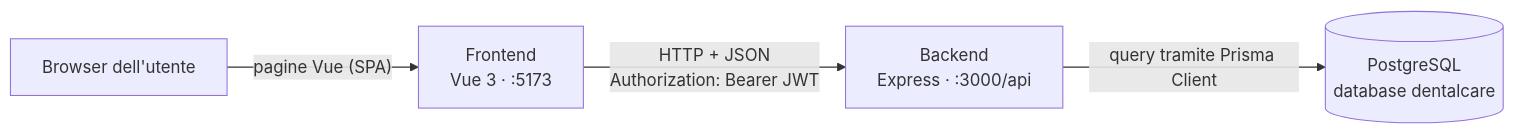
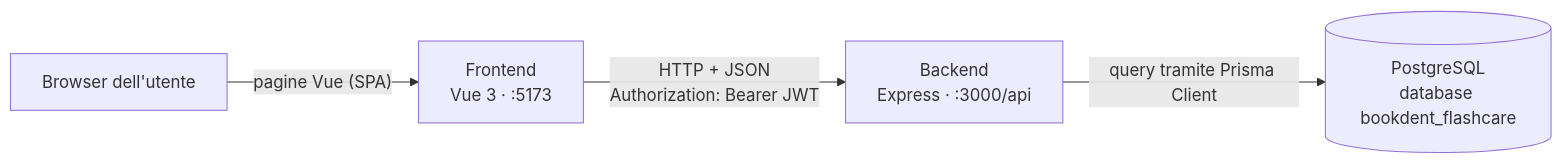
The first of 5 diagrams in docs/DOCUMENTAZIONE_TECNICA.md (RMNFNC/BookDent), drawn with Mermaid before and after one commit. The commit also changed other lines of this file and 16 other files, not shown here.

````diff
--- a/docs/DOCUMENTAZIONE_TECNICA.md
+++ b/docs/DOCUMENTAZIONE_TECNICA.md
@@ -26,6 +29,6 @@
 ```mermaid
 flowchart LR
     U[Browser dell'utente] -->|"pagine Vue (SPA)"| F[Frontend<br/>Vue 3 · :5173]
     F -->|"HTTP + JSON<br/>Authorization: Bearer JWT"| B[Backend<br/>Express · :3000/api]
-    B -->|"query tramite Prisma Client"| D[(PostgreSQL<br/>database dentalcare)]
+    B -->|"query tramite Prisma Client"| D[(PostgreSQL<br/>database bookdent_flashcare)]
 ```
````
